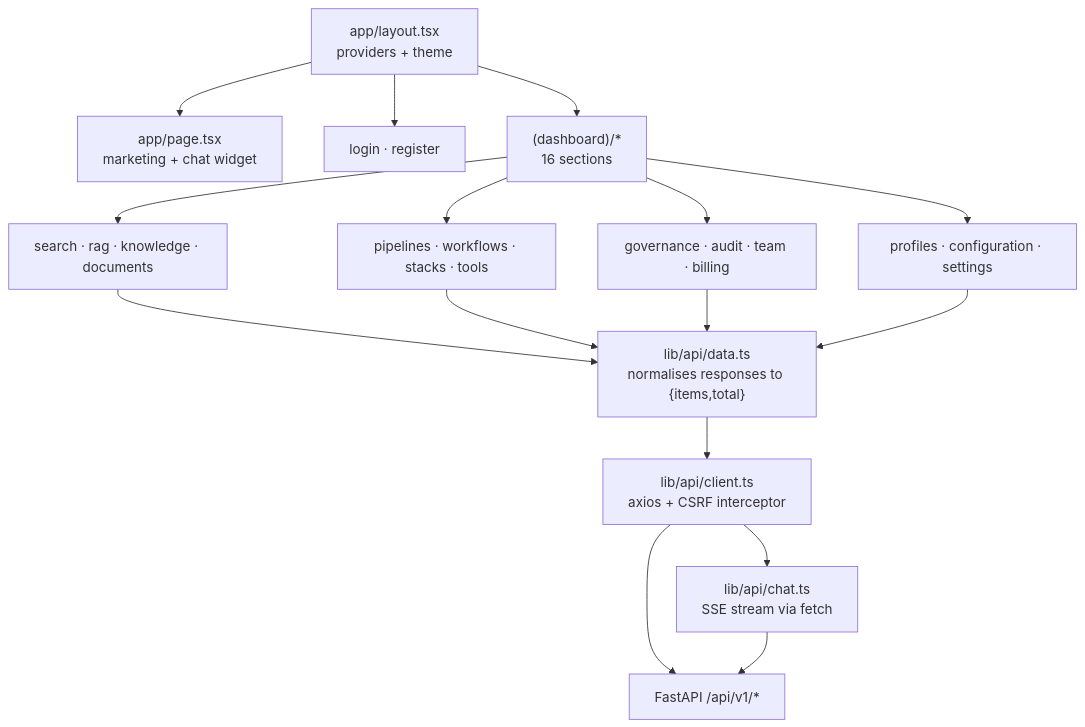
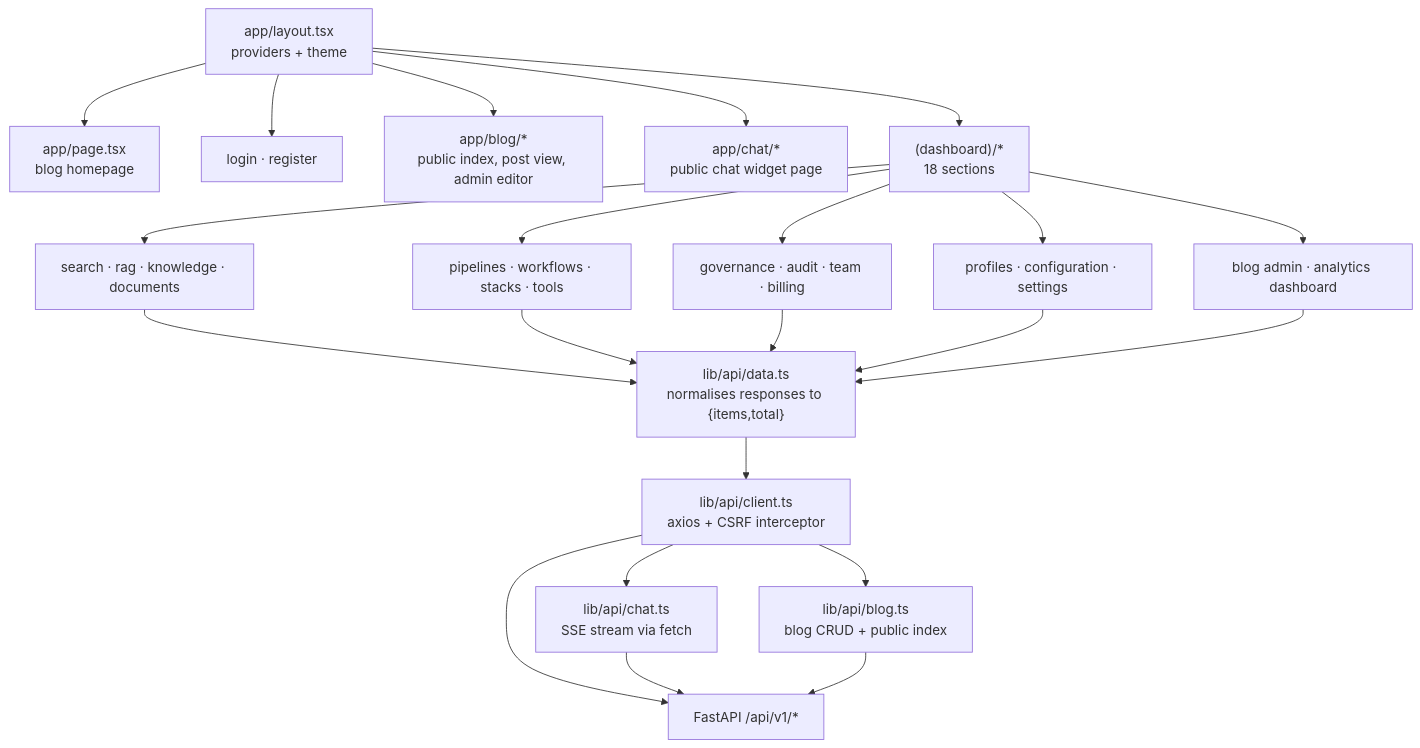
Before and after one commit to MaaeYeng2517/data-engineering-platform: diagram 14 of 15 in README.md, drawn with Mermaid. The commit also changed other lines of this file and 64 other files, not shown here.

First line of the commit message:
refactor: blog + analytics APIs, celery resilience, frontend blog homepage

````diff
--- a/README.md
+++ b/README.md
@@ -452,18 +467,24 @@
 ```mermaid
 flowchart TD
-    L["app/layout.tsx<br/>providers + theme"] --> M["app/page.tsx<br/>marketing + chat widget"]
+    L["app/layout.tsx<br/>providers + theme"] --> M["app/page.tsx<br/>blog homepage"]
     L --> AUTH["login · register"]
-    L --> DASH["(dashboard)/*<br/>16 sections"]
+    L --> BLOG["app/blog/*<br/>public index, post view, admin editor"]
+    L --> CHAT["app/chat/*<br/>public chat widget page"]
+    L --> DASH["(dashboard)/*<br/>18 sections"]
     DASH --> S1["search · rag · knowledge · documents"]
     DASH --> S2["pipelines · workflows · stacks · tools"]
     DASH --> S3["governance · audit · team · billing"]
     DASH --> S4["profiles · configuration · settings"]
+    DASH --> S5["blog admin · analytics dashboard"]
     S1 --> C1["lib/api/data.ts<br/>normalises responses to {items,total}"]
     S2 --> C1
     S3 --> C1
     S4 --> C1
+    S5 --> C1
     C1 --> C2["lib/api/client.ts<br/>axios + CSRF interceptor"]
     C2 --> C3["lib/api/chat.ts<br/>SSE stream via fetch"]
+    C2 --> C4["lib/api/blog.ts<br/>blog CRUD + public index"]
     C2 --> API["FastAPI /api/v1/*"]
     C3 --> API
+    C4 --> API
 ```
````
